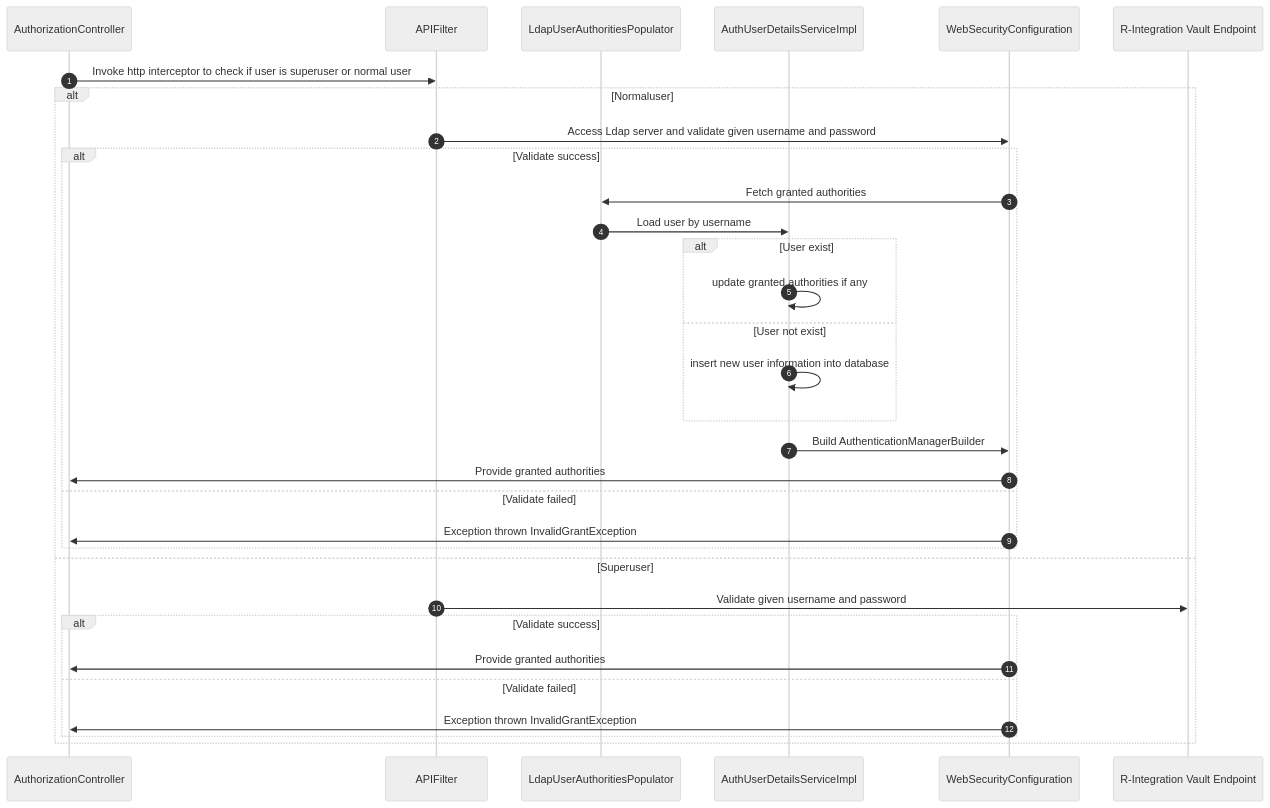
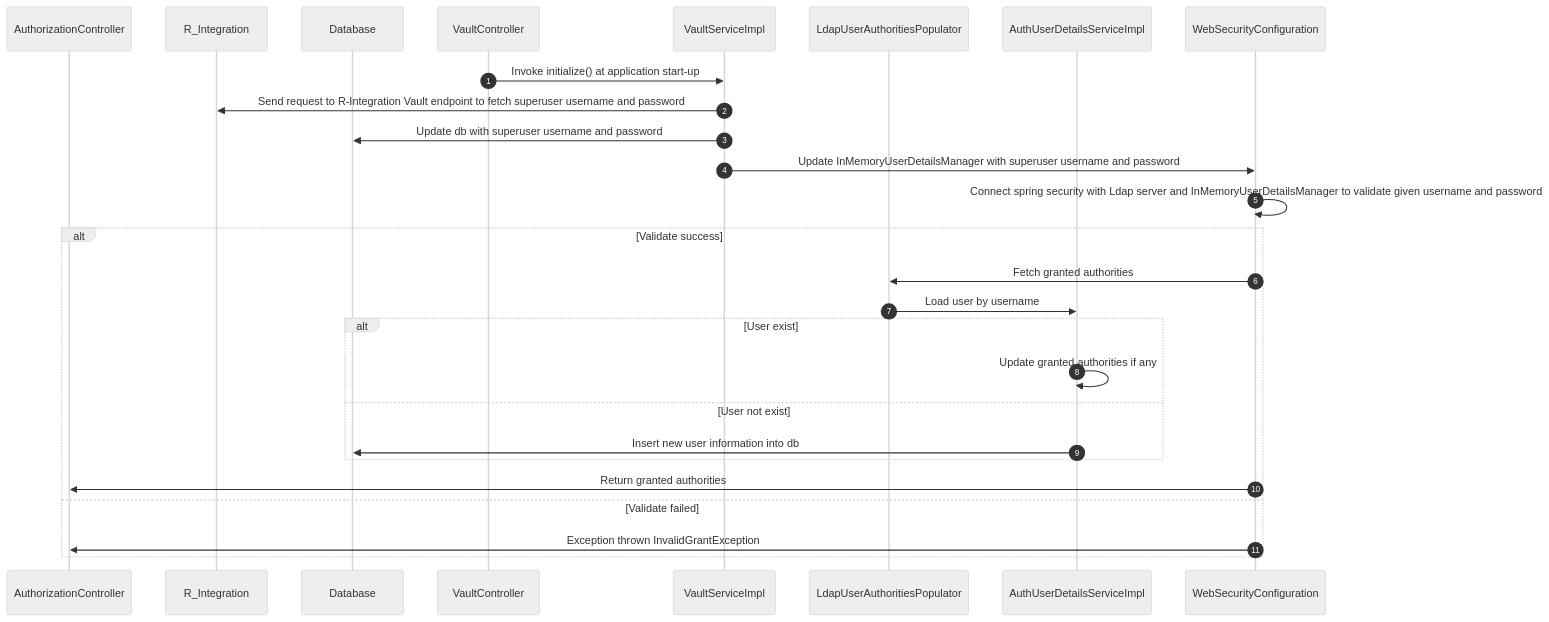
The second of 2 diagrams in R-Auth.md (jayrzhang/R-Auth), drawn with Mermaid (neutral theme) before and after one commit.

````diff
--- a/R-Auth.md
+++ b/R-Auth.md
@@ -39,33 +39,29 @@
 ``` mermaid
     sequenceDiagram
     autonumber
     participant AuthorizationController
-    participant APIFilter
+    participant R_Integration
+    participant Database
+    participant VaultController
+    participant VaultServiceImpl
     participant LdapUserAuthoritiesPopulator
     participant AuthUserDetailsServiceImpl
     participant WebSecurityConfiguration
-    AuthorizationController->>APIFilter: Invoke http interceptor to check if user is superuser or normal user
-    alt Normaluser
-        APIFilter->>WebSecurityConfiguration: Access Ldap server and validate given username and password
-        alt Validate success
-            WebSecurityConfiguration->>LdapUserAuthoritiesPopulator: Fetch granted authorities
-            LdapUserAuthoritiesPopulator->>AuthUserDetailsServiceImpl: Load user by username
-            alt User exist
-                AuthUserDetailsServiceImpl->>AuthUserDetailsServiceImpl: update granted authorities if any
-            else User not exist
-                AuthUserDetailsServiceImpl->>AuthUserDetailsServiceImpl: insert new user information into database
-                end
-            AuthUserDetailsServiceImpl->>WebSecurityConfiguration: Build AuthenticationManagerBuilder
-            WebSecurityConfiguration->>AuthorizationController: Provide granted authorities
-        else Validate failed
-            WebSecurityConfiguration->>AuthorizationController: Exception thrown InvalidGrantException
+    VaultController->>VaultServiceImpl: Invoke initialize() at application start-up
+    VaultServiceImpl->>R_Integration: Send request to R-Integration Vault endpoint to fetch superuser username and password
+    VaultServiceImpl->>Database: Update db with superuser username and password
+    VaultServiceImpl->>WebSecurityConfiguration: Update InMemoryUserDetailsManager with superuser username and password
+    WebSecurityConfiguration->>WebSecurityConfiguration: Connect spring security with Ldap server and InMemoryUserDetailsManager to validate given username and password
+    alt Validate success
+        WebSecurityConfiguration->>LdapUserAuthoritiesPopulator: Fetch granted authorities
+        LdapUserAuthoritiesPopulator->>AuthUserDetailsServiceImpl: Load user by username
+        alt User exist
+            AuthUserDetailsServiceImpl->>AuthUserDetailsServiceImpl: Update granted authorities if any
+        else User not exist
+            AuthUserDetailsServiceImpl->>Database: Insert new user information into db
             end
-    else Superuser
-        APIFilter->>R-Integration Vault Endpoint: Validate given username and password
-        alt Validate success
-            WebSecurityConfiguration->>AuthorizationController: Provide granted authorities
-        else Validate failed
-            WebSecurityConfiguration->>AuthorizationController: Exception thrown InvalidGrantException
-            end
-    end
+        WebSecurityConfiguration->>AuthorizationController: Return granted authorities
+    else Validate failed
+        WebSecurityConfiguration->>AuthorizationController: Exception thrown InvalidGrantException
+        end
 ```
````
